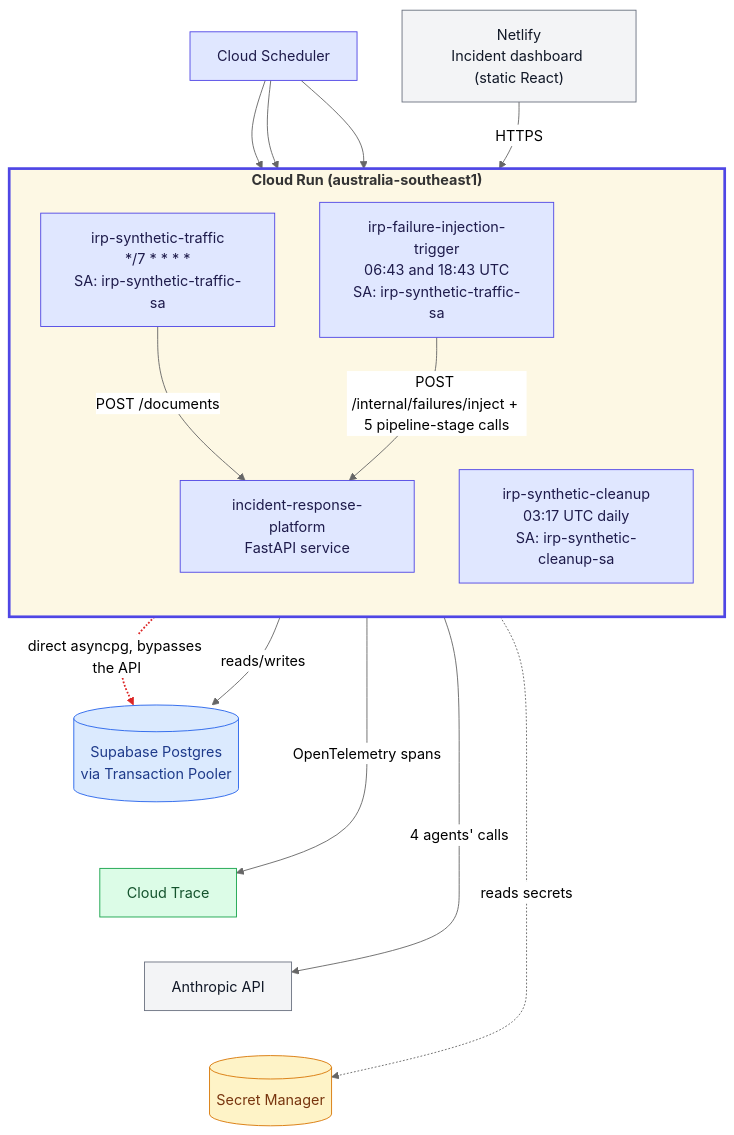
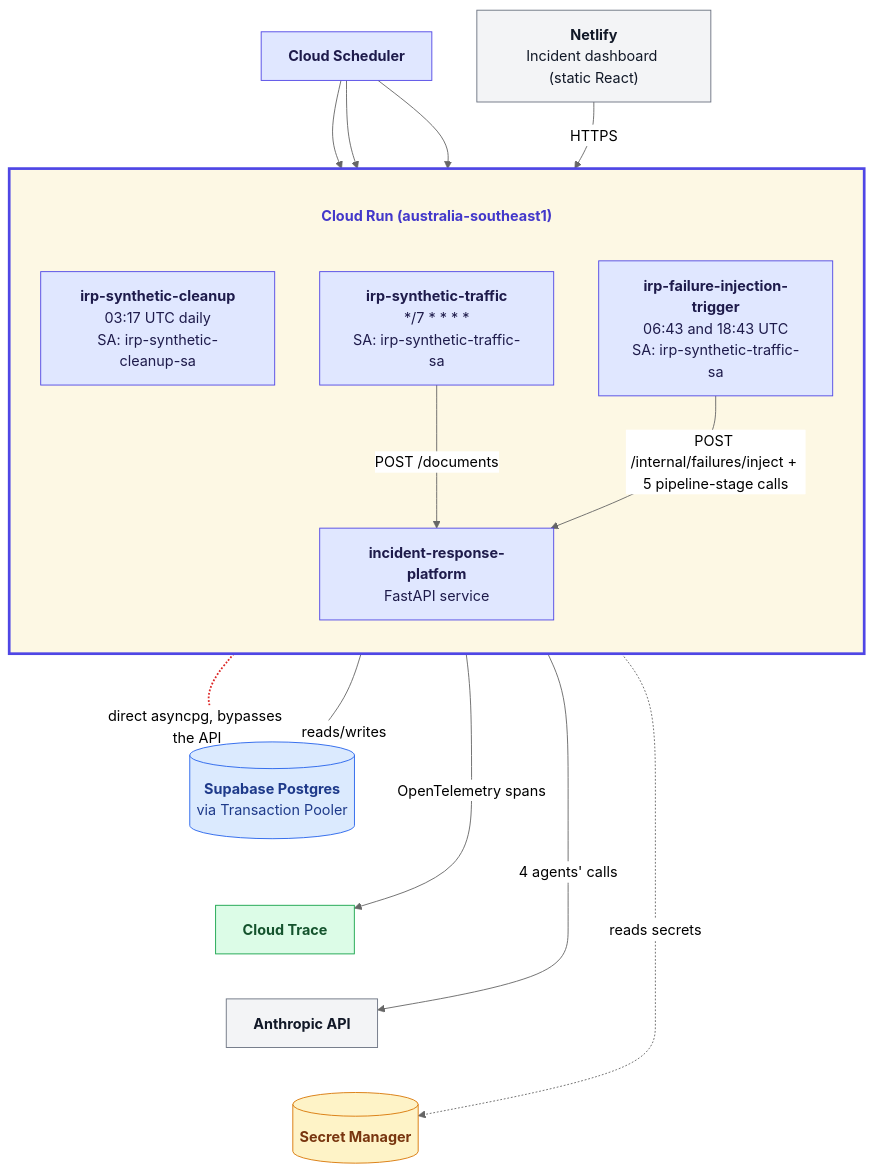
The diagram in docs/architecture-infra.md (ShafqaatMalik/incident-response-platform), drawn with Mermaid (neutral theme) before and after one commit.

Commit message:
Further layout refinements to architecture-infra.md diagram
All 3 background Jobs now sit in one row (fixed via a CLEANUP~~~SERVICE
same-rank hint after TRAFFIC~~~TRIGGER~~~CLEANUP chaining produced a
worse diagonal cascade -- invisible links still count as ranked edges
in dagre, they don't mean "same rank"), with clearly more vertical
space between the subgraph title and the row. The Cloud Run title is
now bold and colored to read as the central container; a reliable
font-size increase wasn't achievable -- 16px had no visible effect and
18-20px clipped the title against the box edge in mermaid-cli
rendering, a real tool limitation, not a source-syntax issue. Bold
applied to every major node label throughout for consistency.

Verified with mermaid-cli across ~8 render iterations. Two remaining,
honestly-reported imperfections: the Service box is very slightly left
of dead-center under the 3-job row, and top padding (which has to fit
the title) is larger than bottom padding -- both are real limits of
Mermaid's automatic layout, not overlooked.

Claude-Session: https://claude.ai/code/session_01Go5Q58FhHZwhaTxtMiUwpV

````diff
--- a/docs/architecture-infra.md
+++ b/docs/architecture-infra.md
@@ -12,51 +12,53 @@
 ```mermaid
+%%{init: {"flowchart": {"subGraphTitleMargin": {"top": 40, "bottom": 25}}}}%%
 flowchart TD
-    SCHEDULER["Cloud Scheduler"]
-    NETLIFY["Netlify<br/>Incident dashboard (static React)"]
+    SCHEDULER["<b>Cloud Scheduler</b>"]
+    NETLIFY["<b>Netlify</b><br/>Incident dashboard (static React)"]
 
     subgraph COMPUTE["<b>Cloud Run (australia-southeast1)</b>"]
         direction TB
-        TRAFFIC["irp-synthetic-traffic<br/>*/7 * * * *<br/>SA: irp-synthetic-traffic-sa"]
-        TRIGGER["irp-failure-injection-trigger<br/>06:43 and 18:43 UTC<br/>SA: irp-synthetic-traffic-sa"]
-        CLEANUP["irp-synthetic-cleanup<br/>03:17 UTC daily<br/>SA: irp-synthetic-cleanup-sa"]
-        SERVICE["incident-response-platform<br/>FastAPI service"]
+        TRAFFIC["<b>irp-synthetic-traffic</b><br/>*/7 * * * *<br/>SA: irp-synthetic-traffic-sa"]
+        CLEANUP["<b>irp-synthetic-cleanup</b><br/>03:17 UTC daily<br/>SA: irp-synthetic-cleanup-sa"]
+        TRIGGER["<b>irp-failure-injection-trigger</b><br/>06:43 and 18:43 UTC<br/>SA: irp-synthetic-traffic-sa"]
+        SERVICE["<b>incident-response-platform</b><br/>FastAPI service"]
+        CLEANUP ~~~ SERVICE
     end
 
-    DB[("Supabase Postgres<br/>via Transaction Pooler")]
-    SECRETS[("Secret Manager")]
-    ANTHROPIC["Anthropic API"]
-    TRACE["Cloud Trace"]
+    DB[("<b>Supabase Postgres</b><br/>via Transaction Pooler")]
+    SECRETS[("<b>Secret Manager</b>")]
+    ANTHROPIC["<b>Anthropic API</b>"]
+    TRACE["<b>Cloud Trace</b>"]
 
     SCHEDULER --> TRAFFIC
     SCHEDULER --> TRIGGER
     SCHEDULER --> CLEANUP
     NETLIFY -->|HTTPS| SERVICE
 
     TRAFFIC -->|POST /documents| SERVICE
     TRIGGER -->|"POST /internal/failures/inject + 5 pipeline-stage calls"| SERVICE
 
     CLEANUP -.->|"direct asyncpg, bypasses the API"| DB
     SERVICE -->|reads/writes| DB
     DB ~~~ TRACE
     SERVICE -->|OpenTelemetry spans| TRACE
     TRACE ~~~ ANTHROPIC
     SERVICE -->|"4 agents' calls"| ANTHROPIC
     ANTHROPIC ~~~ SECRETS
     SERVICE -.->|reads secrets| SECRETS
 
     classDef compute fill:#e0e7ff,stroke:#4f46e5,stroke-width:1px,color:#1e1b4b
     classDef data fill:#dbeafe,stroke:#2563eb,stroke-width:1px,color:#1e3a8a
     classDef secrets fill:#fef3c7,stroke:#d97706,stroke-width:1px,color:#78350f
     classDef external fill:#f3f4f6,stroke:#6b7280,stroke-width:1px,color:#111827
     classDef observability fill:#dcfce7,stroke:#16a34a,stroke-width:1px,color:#14532d
 
     class SERVICE,TRAFFIC,TRIGGER,CLEANUP,SCHEDULER compute
     class DB data
     class SECRETS secrets
     class NETLIFY,ANTHROPIC external
     class TRACE observability
 
-    linkStyle 6 stroke:#dc2626,stroke-width:2px
+    linkStyle 7 stroke:#dc2626,stroke-width:2px
 
-    style COMPUTE fill:#fdf8e4,stroke:#4f46e5,stroke-width:3px
+    style COMPUTE fill:#fdf8e4,stroke:#4f46e5,stroke-width:3px,color:#4338ca
 ```
````
